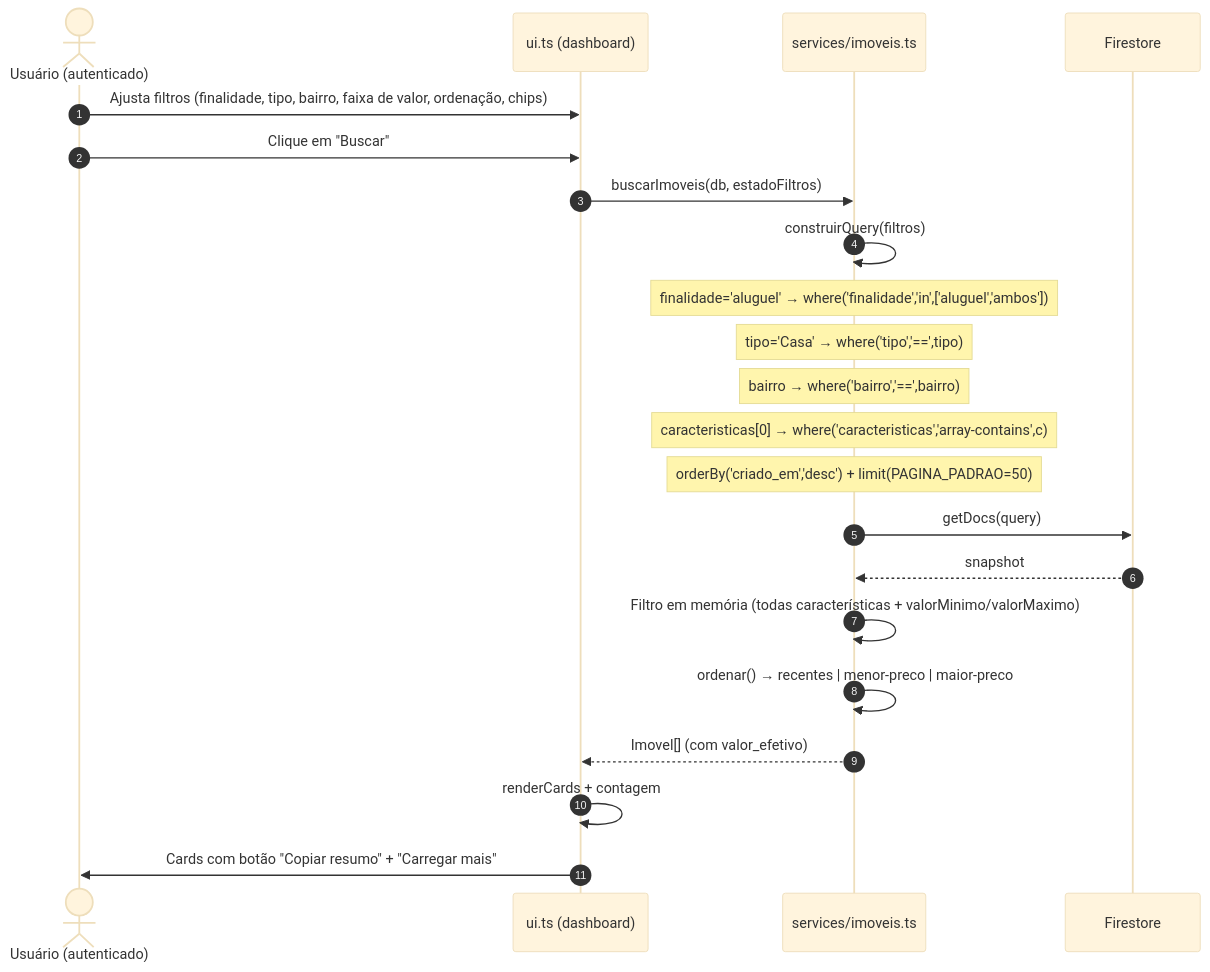
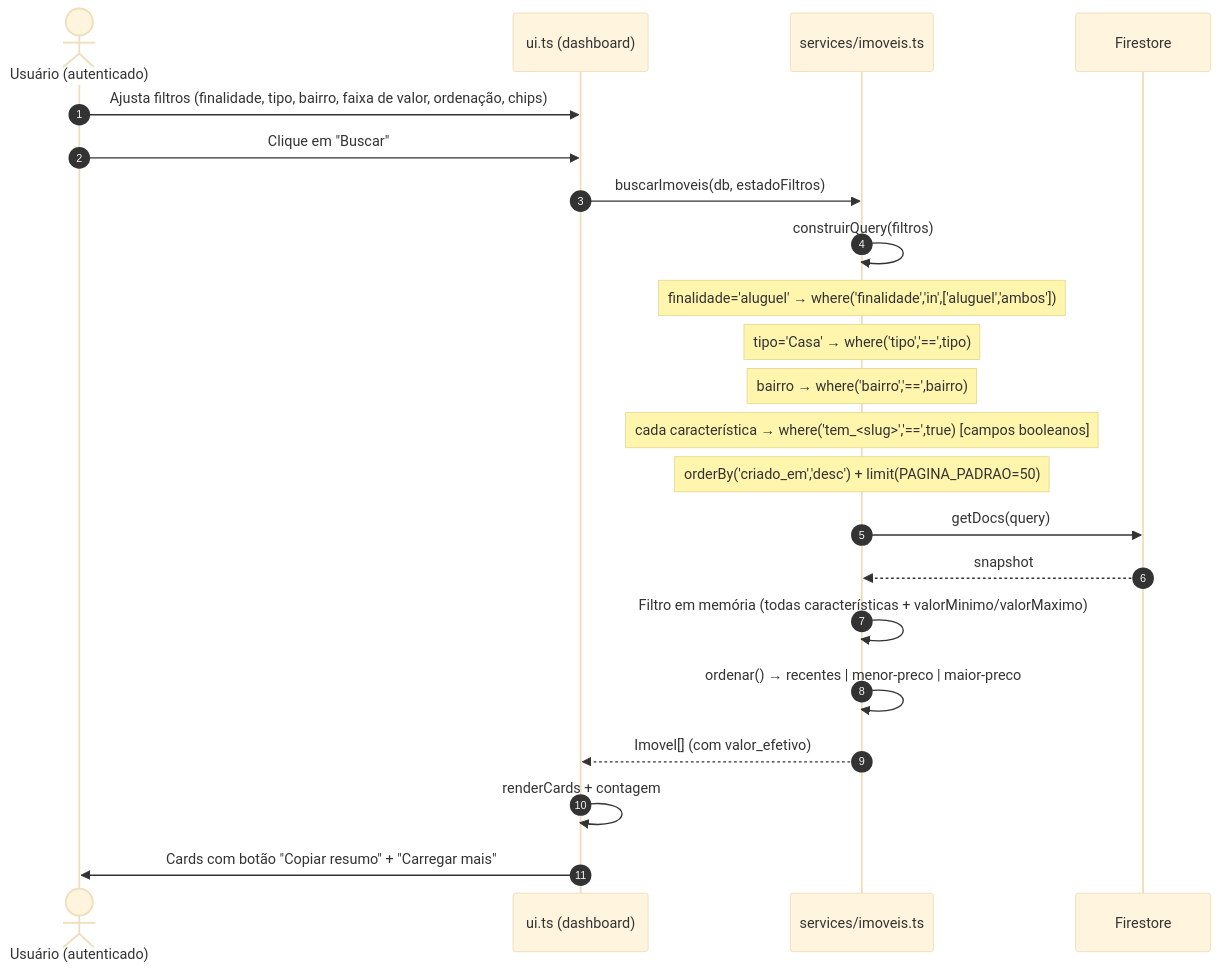
Before and after one commit to renato0503/ImobIA: the first of 2 diagrams in docs/diagrams/02-busca-workflow.md, drawn with Mermaid (base theme). The commit also changed other lines of this file and 8 other files, not shown here.

````diff
--- a/docs/diagrams/02-busca-workflow.md
+++ b/docs/diagrams/02-busca-workflow.md
@@ -8,26 +8,26 @@
 ```mermaid
 sequenceDiagram
   autonumber
   actor U as Usuário (autenticado)
   participant UI as ui.ts (dashboard)
   participant S as services/imoveis.ts
   participant F as Firestore
 
   U->>UI: Ajusta filtros (finalidade, tipo, bairro, faixa de valor, ordenação, chips)
   U->>UI: Clique em "Buscar"
   UI->>S: buscarImoveis(db, estadoFiltros)
   S->>S: construirQuery(filtros)
   %% Condições montadas dinamicamente
   Note over S: finalidade='aluguel' → where('finalidade','in',['aluguel','ambos'])
   Note over S: tipo='Casa' → where('tipo','==',tipo)
   Note over S: bairro → where('bairro','==',bairro)
-  Note over S: caracteristicas[0] → where('caracteristicas','array-contains',c)
+  Note over S: cada característica → where('tem_<slug>','==',true) [campos booleanos]
   Note over S: orderBy('criado_em','desc') + limit(PAGINA_PADRAO=50)
   S->>F: getDocs(query)
   F-->>S: snapshot
   S->>S: Filtro em memória (todas características + valorMinimo/valorMaximo)
   S->>S: ordenar() → recentes | menor-preco | maior-preco
   S-->>UI: Imovel[] (com valor_efetivo)
   UI->>UI: renderCards + contagem
   UI->>U: Cards com botão "Copiar resumo" + "Carregar mais"
 ```
````
